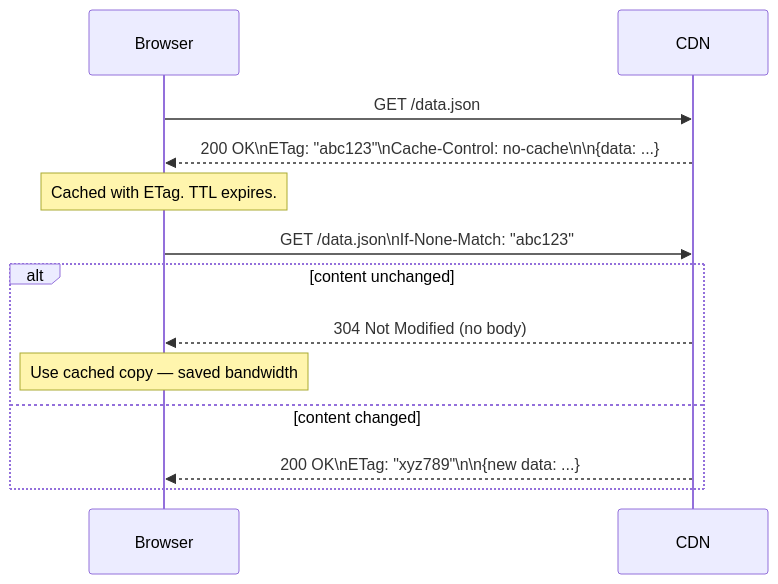
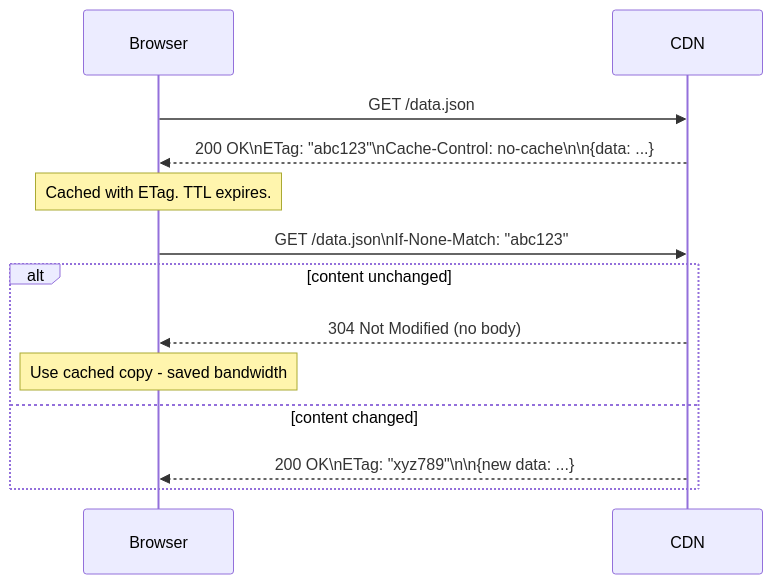
The second of 4 diagrams in phase-2-foundations/topic-5-cdn.md (b-balakrishna/system-design), drawn with Mermaid before and after one commit. The commit also changed other lines of this file and 165 other files, not shown here.

Commit message:
feat: add comprehensive system design documentation covering foundations, backend, frontend, distributed systems, and AI/ML architectures

````diff
--- a/phase-2-foundations/topic-5-cdn.md
+++ b/phase-2-foundations/topic-5-cdn.md
@@ -104,18 +104,18 @@
 ```mermaid
 sequenceDiagram
     participant B as Browser
     participant CDN
 
     B->>CDN: GET /data.json
     CDN-->>B: 200 OK\nETag: "abc123"\nCache-Control: no-cache\n\n{data: ...}
 
     Note over B: Cached with ETag. TTL expires.
 
     B->>CDN: GET /data.json\nIf-None-Match: "abc123"
     alt content unchanged
         CDN-->>B: 304 Not Modified (no body)
-        Note over B: Use cached copy — saved bandwidth
+        Note over B: Use cached copy  -  saved bandwidth
     else content changed
         CDN-->>B: 200 OK\nETag: "xyz789"\n\n{new data: ...}
     end
 ```
````
